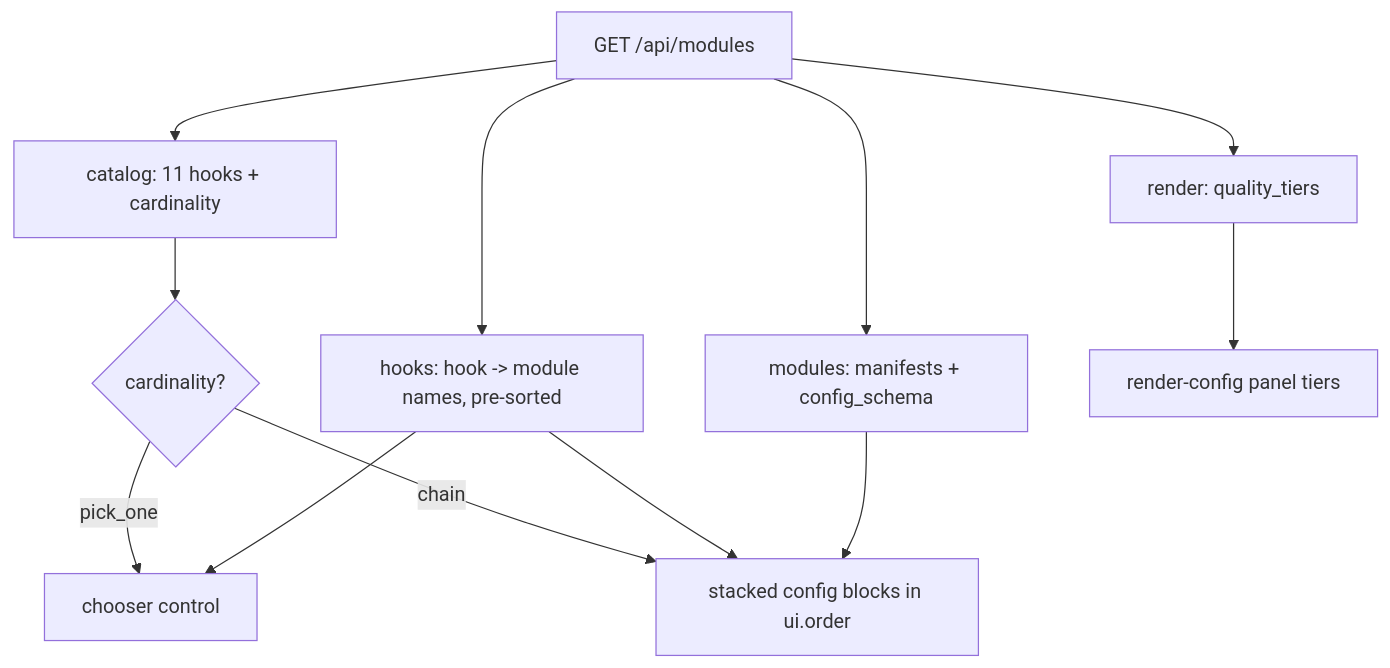
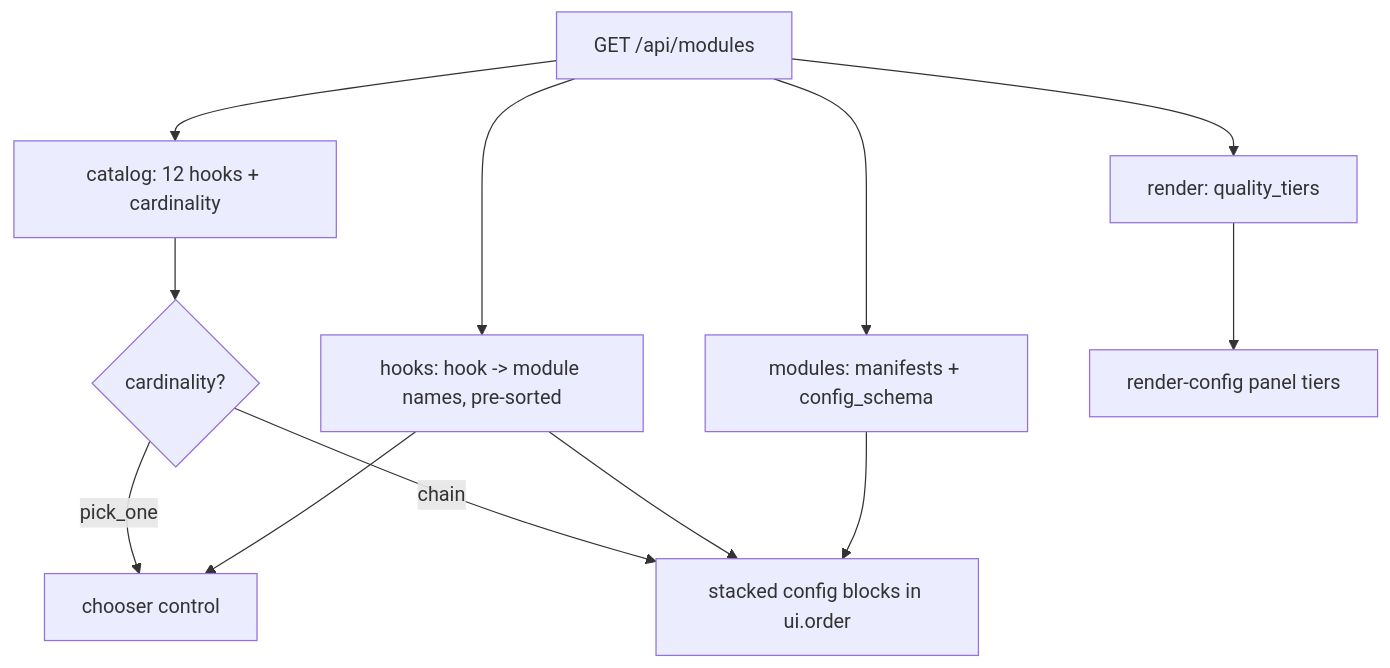
Before and after one commit to skyphusion-labs/vivijure-cf: the fifth of 6 diagrams in docs/CONTRACT.md, drawn with Mermaid. The commit also changed other lines of this file and 9 other files, not shown here.

First line of the commit message:
docs: audit match code -- 12 hooks, core SoT paths, 21 modules (#459)

````diff
--- a/docs/CONTRACT.md
+++ b/docs/CONTRACT.md
@@ -1850,14 +1857,14 @@
 ```mermaid
 flowchart TD
-  R[GET /api/modules] --> CAT[catalog: 11 hooks + cardinality]
+  R[GET /api/modules] --> CAT[catalog: 12 hooks + cardinality]
   R --> HK[hooks: hook -> module names, pre-sorted]
   R --> MODS[modules: manifests + config_schema]
   R --> RND[render: quality_tiers]
   CAT --> DECIDE{cardinality?}
   DECIDE -->|pick_one| CHOOSER[chooser control]
   DECIDE -->|chain| STACK[stacked config blocks in ui.order]
   HK --> CHOOSER
   HK --> STACK
   MODS --> STACK
   RND --> PANEL[render-config panel tiers]
 ```
````
